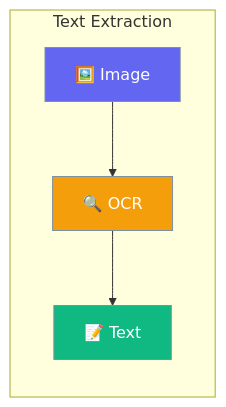
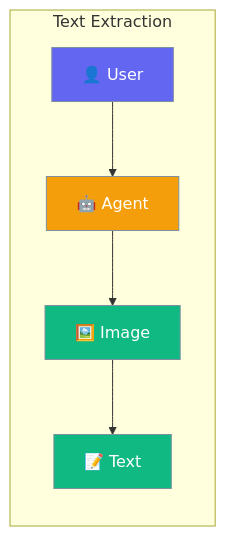
The first of 2 diagrams in docs/js/ocr.mdx (MervinPraison/PraisonAIDocs), drawn with Mermaid before and after one commit. The commit also changed other lines of this file and 30 other files, not shown here.

````diff
--- a/docs/js/ocr.mdx
+++ b/docs/js/ocr.mdx
@@ -10,15 +10,16 @@
 ```mermaid
 graph LR
     subgraph "Text Extraction"
-        A[🖼️ Image] --> B[🔍 OCR]
-        B --> C[📝 Text]
+        A[👤 User] --> B[🤖 Agent]
+        B --> C[🖼️ Image]
+        C --> D[📝 Text]
     end
     
-    classDef image fill:#6366F1,stroke:#7C90A0,color:#fff
-    classDef ocr fill:#F59E0B,stroke:#7C90A0,color:#fff
-    classDef text fill:#10B981,stroke:#7C90A0,color:#fff
+    classDef user fill:#6366F1,stroke:#7C90A0,color:#fff
+    classDef agent fill:#F59E0B,stroke:#7C90A0,color:#fff
+    classDef output fill:#10B981,stroke:#7C90A0,color:#fff
     
-    class A image
-    class B ocr
-    class C text
+    class A user
+    class B agent
+    class C,D output
 ```
````
